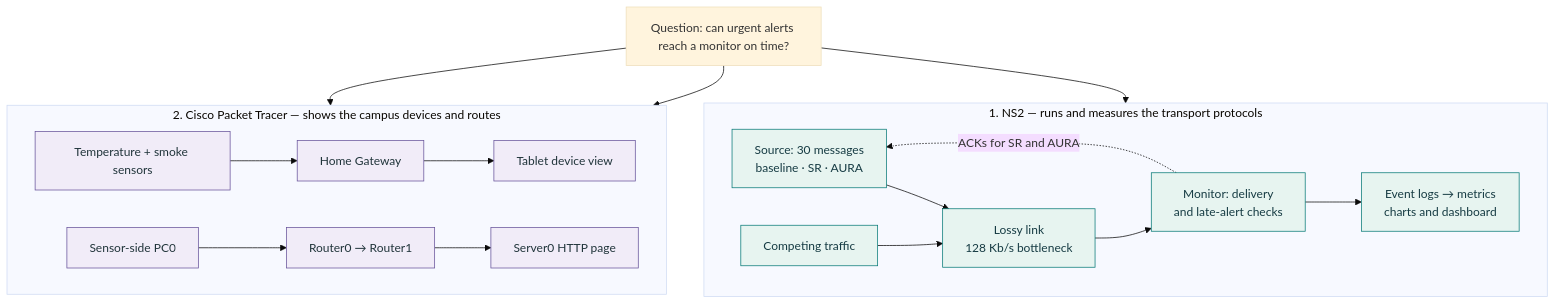
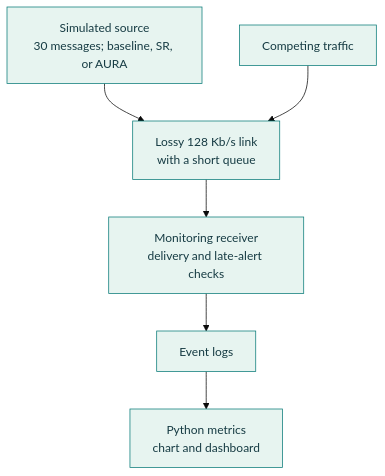
One commit to purvi126/AURA-UDP changed the first of 2 diagrams in README.md. Above: the diagram before and after it, drawn with Mermaid (base theme). The commit also changed other lines of this file, not shown here.

Commit message:
docs: make architecture diagrams readable on GitHub

````diff
--- a/README.md
+++ b/README.md
@@ -13,22 +17,7 @@
 ```mermaid
 flowchart TB
-  Q["Question: can urgent alerts reach a monitor on time?"]
-  subgraph SIM["1. NS2 — runs and measures the transport protocols"]
-    direction LR
-    N1["Source: 30 messages<br/>baseline · SR · AURA"] --> N2["Lossy link<br/>128 Kb/s bottleneck"] --> N3["Monitor: delivery<br/>and late-alert checks"] --> N4["Event logs → metrics<br/>charts and dashboard"]
-    N5["Competing traffic"] --> N2
-    N3 -. "ACKs for SR and AURA" .-> N1
-  end
-  subgraph CAMPUS["2. Cisco Packet Tracer — shows the campus devices and routes"]
-    direction LR
-    C1["Temperature + smoke sensors"] --> C2["Home Gateway"] --> C3["Tablet device view"]
-    C4["Sensor-side PC0"] --> C5["Router0 → Router1"] --> C6["Server0 HTTP page"]
-  end
-  Q --> N1
-  Q --> C1
-  Q --> C4
-  classDef ns fill:#e7f4f0,stroke:#087b78,color:#163b43
-  classDef cisco fill:#f1ecf8,stroke:#68549b,color:#20343a
-  class N1,N2,N3,N4,N5 ns
-  class C1,C2,C3,C4,C5,C6 cisco
+  N1["Simulated source<br/>30 messages; baseline, SR, or AURA"] --> N2["Lossy 128 Kb/s link<br/>with a short queue"] --> N3["Monitoring receiver<br/>delivery and late-alert checks"] --> N4["Event logs"] --> N5["Python metrics<br/>chart and dashboard"]
+  B["Competing traffic"] --> N2
+  classDef simulation fill:#e7f4f0,stroke:#087b78,color:#163b43
+  class N1,N2,N3,N4,N5,B simulation
 ```
````
